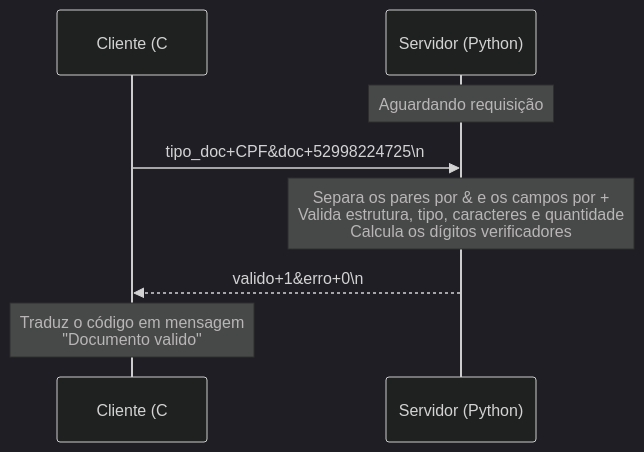
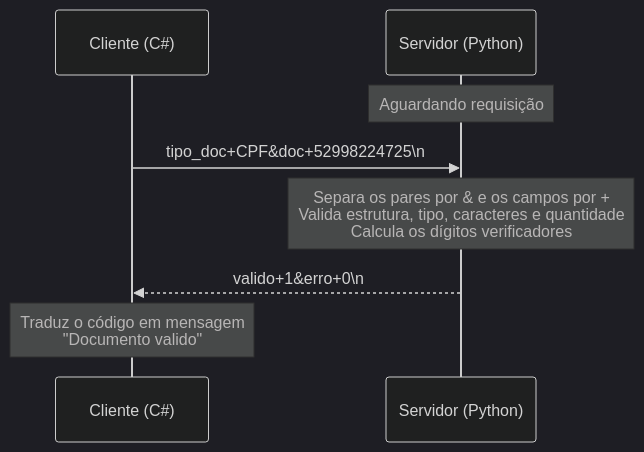
One commit to GabrielPontel/Validador-Documentos-Utilizando-Socket changed the diagram in README.md. Above: the diagram before and after it, drawn with Mermaid (dark theme).

Commit message:
docs: corrige nome do cliente no diagrama do protocolo

````diff
--- a/README.md
+++ b/README.md
@@ -18,11 +18,11 @@
 ```mermaid
 sequenceDiagram
-    participant C as Cliente (C#)
+    participant C as Cliente (C#35;)
     participant S as Servidor (Python)
 
     Note over S: Aguardando requisição
     C->>S: tipo_doc+CPF&doc+52998224725\n
     Note over S: Separa os pares por & e os campos por +<br/>Valida estrutura, tipo, caracteres e quantidade<br/>Calcula os dígitos verificadores
     S-->>C: valido+1&erro+0\n
     Note over C: Traduz o código em mensagem<br/>"Documento valido"
 ```
````
